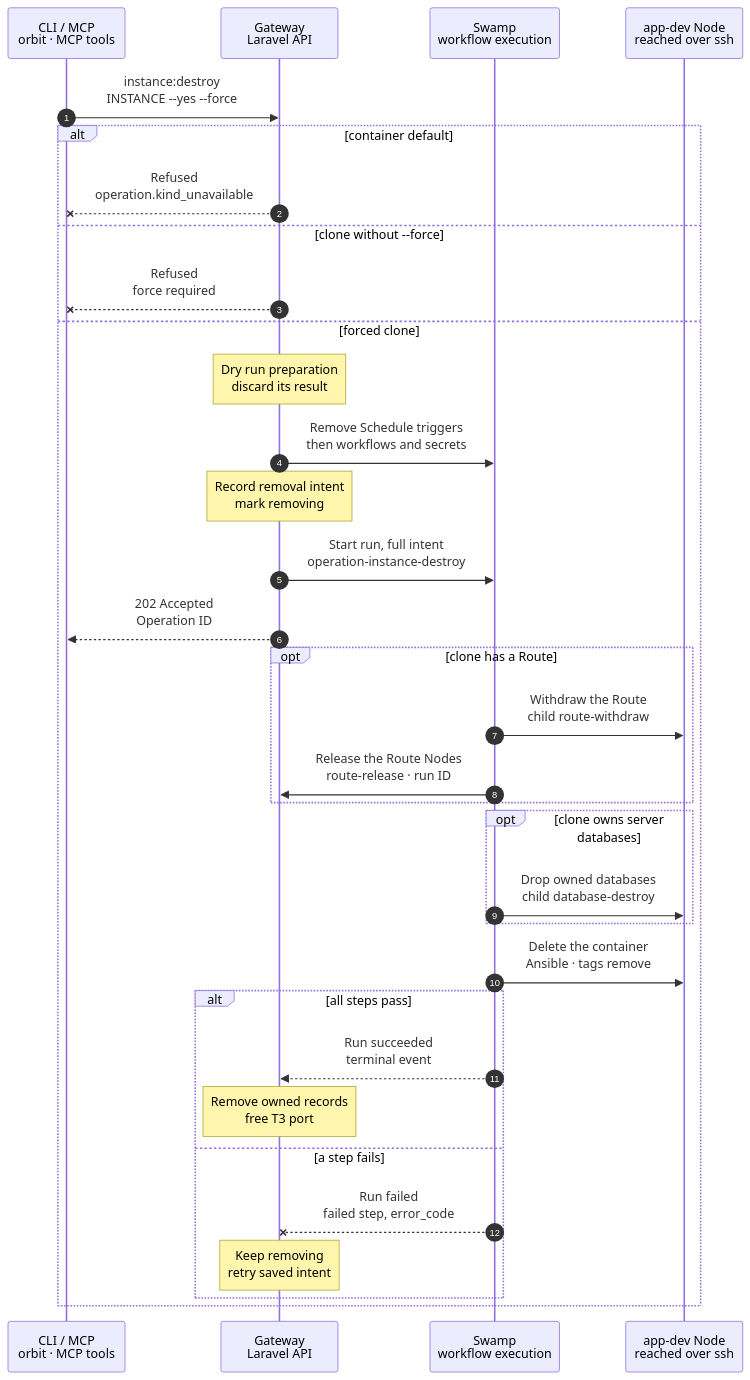
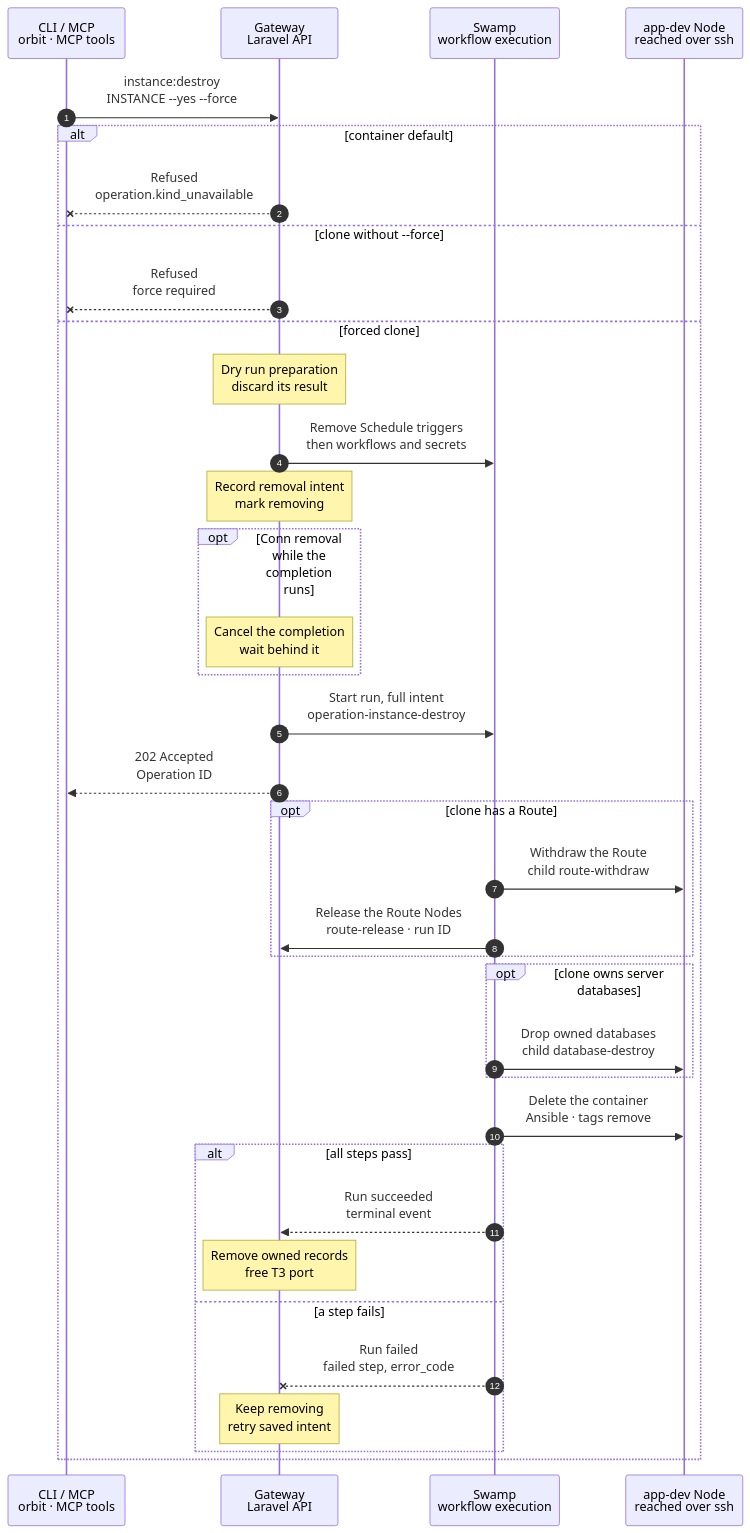
Before and after one commit to hardimpactdev/orbit: the diagram in docs/cli/instance/container/destroy.mmd, drawn with Mermaid. The commit also changed 4 other files, not shown here.

First line of the commit message:
docs(conn): spec Conn's completion Retry and a removal while the completion runs

```diff
--- a/docs/cli/instance/container/destroy.mmd
+++ b/docs/cli/instance/container/destroy.mmd
@@ -1,98 +1,110 @@
 sequenceDiagram
   %% Non-default container cleanup. Conn admission precedes this forced engine; CLI admission keeps its existing rules.
   %% status: draft
   %% command: instance:destroy
   %% kind: instance.destroy
   autonumber
   %% lane CLI icon=terminal pill=caller tone=gray
   %% lane GW icon=gateway pill=intent tone=blue
   %% lane SW icon=workflow pill=executes tone=green
   %% lane N icon=server pill=target tone=amber
   participant CLI as CLI / MCP<br/>orbit · MCP tools
   participant GW as Gateway<br/>Laravel API
   participant SW as Swamp<br/>workflow execution
   participant N as app-dev Node<br/>reached over ssh
   CLI->>GW: instance:destroy<br/>INSTANCE --yes --force
   %% path: main
   %%> Conn admission:
   %%> - POST /api/v1/conn/instances/ID/destroy requires an Idempotency-Key and acknowledge_unsaved as a JSON boolean
   %%> - the caller needs access to the Instance's Node; a missing Instance is 404
   %%> - a default answers 409 instance.default_protected; a host checkout answers 409 instance.not_container
   %%> - without acknowledgement, answer 409 instance.unsaved_work with unknown state and null counts; no container Git observations exist yet
   %%> - these refusals change no Schedule, Route, database, pairing, environment or Operation, and never probe the container
   %%> - acknowledged removal uses this same engine with force=true; all existing engine blockers keep their codes
   %%> - the same key and request returns the same Operation with 202, including after Instance deletion; a changed request is an idempotency conflict
+  %%> - a running completion (`instance.complete`) of the clone does not refuse a Conn removal: see the completion block below
   %%> CLI requirements:
   %%> - Node access to the Instance's Node and no other lifecycle Operation holds the Instance
+  %%> - a running completion refuses with `operation.target_busy` and names it in `details.operation_id`
   %%> - this slice supports a non-default container Instance, cloned or migrated; the Instance named `default` remains unavailable
   %%> - `--force` is required until guarded removal is built; no work or turn check runs
   alt container default
     %% path: default-unavailable
     GW--xCLI: Refused<br/>operation.kind_unavailable
   else clone without --force
     %% path: force-required
     GW--xCLI: Refused<br/>force required
     %%> Code:
     %%> - `instance.container_destroy_force_required`
   else forced clone
     %% path: admitted
     Note over GW: Dry run preparation<br/>discard its result
     %%> Result:
     %%> - capture the clone's container identity, Route, Processes and owned databases
     %%> - all callers try the same pure preparation that admission uses; discard its result before any Schedule effect
     %%> - the dry run checks publication Nodes, SSH pins, Caddy, PHP and DNS; it changes no state, records no intent, stages no copy and takes no Route hold
     %%> - keep its runtime row, address and T3 port reserved until terminal success
     %%> - Conn refuses new pairings while the Instance is removing
     GW->>SW: Remove Schedule triggers<br/>then workflows and secrets
     %%> Failure boundary:
     %%> - a validation refusal leaves Schedules untouched; a Schedule removal failure keeps the Instance and Route active and records no destroy Operation
     %%> Fresh admission:
     %%> - if a fact changes after the dry run, admission uses its current value and may refuse; Schedules may already be stopped
     %%> - build all publication, participant, database, member, runtime, Route and root facts fresh in the admission transaction; keep no lock across Schedule calls
     Note over GW: Record removal intent<br/>mark removing
     %%> Result:
     %%> - call the same preparation again inside the admission transaction; record only this fresh intent, then mark the Instance removing and the Route retiring
+    opt Conn removal while the completion runs
+      %% path: after-completion
+      Note over GW: Cancel the completion<br/>wait behind it
+      %%> What it does:
+      %%> - the same transaction records the completion's cancel and admits the removal `waiting`, with `after_operation_id`
+      %%> - after the commit Swamp is asked to stop the completion; the reconciler asks again on each pass
+      %%> - the completion's own `withdraw-route` takes back a Route it published
+      %%> When:
+      %%> - the removal starts when the completion has ended, as a waiting Route write starts
+    end
     GW->>SW: Start run, full intent<br/>operation-instance-destroy
     GW-->>CLI: 202 Accepted<br/>Operation ID
     opt clone has a Route
       %% path: routed
       SW->>N: Withdraw the Route<br/>child route-withdraw
       %%> Caddy publication:
       %%> - on the Node, wait at most 5 s for the publish lock; compare the composed-from SHA-256 with the live file, then validate, rename and reload under that lock
       %%> - a changed base refuses with `caddy.composed_from_live_mismatch`; a busy lock refuses with `caddy.publish_busy`; the live Caddyfile stays unchanged and the normal failure path runs
       SW->>GW: Release the Route Nodes<br/>route-release · run ID
       %%> When:
       %%> - only after the withdrawal held; the container delete writes only this clone's files, so the next Route write on the Node starts now
       %%> If it is refused:
       %%> - the run goes on; the end frees the Nodes, and the result says route_hold_released false
     end
     opt clone owns server databases
       %% path: server-database
       SW->>N: Drop owned databases<br/>child database-destroy
     end
     SW->>N: Delete the container<br/>Ansible · tags remove
     %%> What it does:
     %%> - stops and deletes the clone, its Processes, T3 history, snapshots, storage volume and proxy device
     %%> - deleting T3 retires every session and unused pairing link; no T3 call or new vault key is needed
     %%> - removes its `instance-<id>` ACL from Incus project `default`, its owned UFW rules, its Node repository mirror and its private Node mail activation state
     %%> - checks that the container and storage volume are absent; already absent resources are removed
     %%> - the default and sibling clones stay; a migrated Instance's retained Git directory is untouched and can be purged only by hand
     alt all steps pass
       %% path: succeeded
       SW-->>GW: Run succeeded<br/>terminal event
       Note over GW: Remove owned records<br/>free T3 port
       %%> Result:
       %%> - remove Instance execution copies and Conn's copies, environment and pairings, even while Conn is disabled
       %%> - delete the Route, Processes, owned database records, runtime row and Instance
       %%> - keep `retained_git_path` and `retained_git_at` in the destroy Operation result so retention stays findable after the Instance row goes
       %%> - deleting the runtime row frees the published T3 port and bridge address
     else a step fails
       %% path: removal-failed
       SW--xGW: Run failed<br/>failed step, error_code
       Note over GW: Keep removing<br/>retry saved intent
       %%> Retry:
       %%> - a fresh forced destroy reuses the removal identity and accepts resources already gone
       %%> - after withdrawal the Route stays down; records and the reserved port stay until success
       %%> - the removal records route_withdrawn_at, so the retry skips the withdrawal and holds no Node
     end
   end
```
